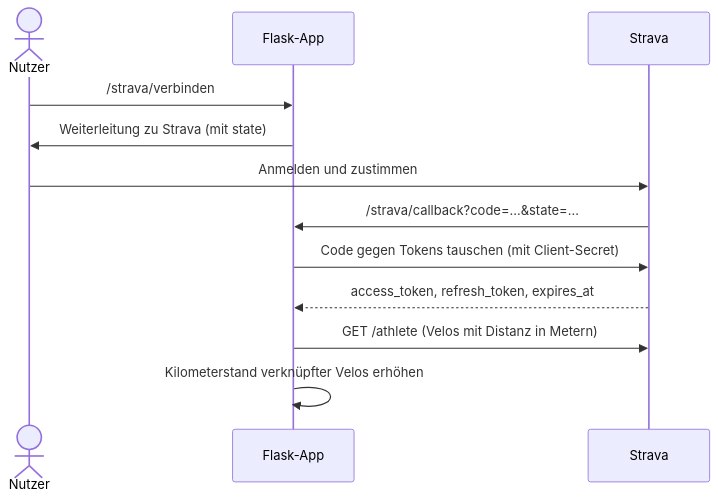
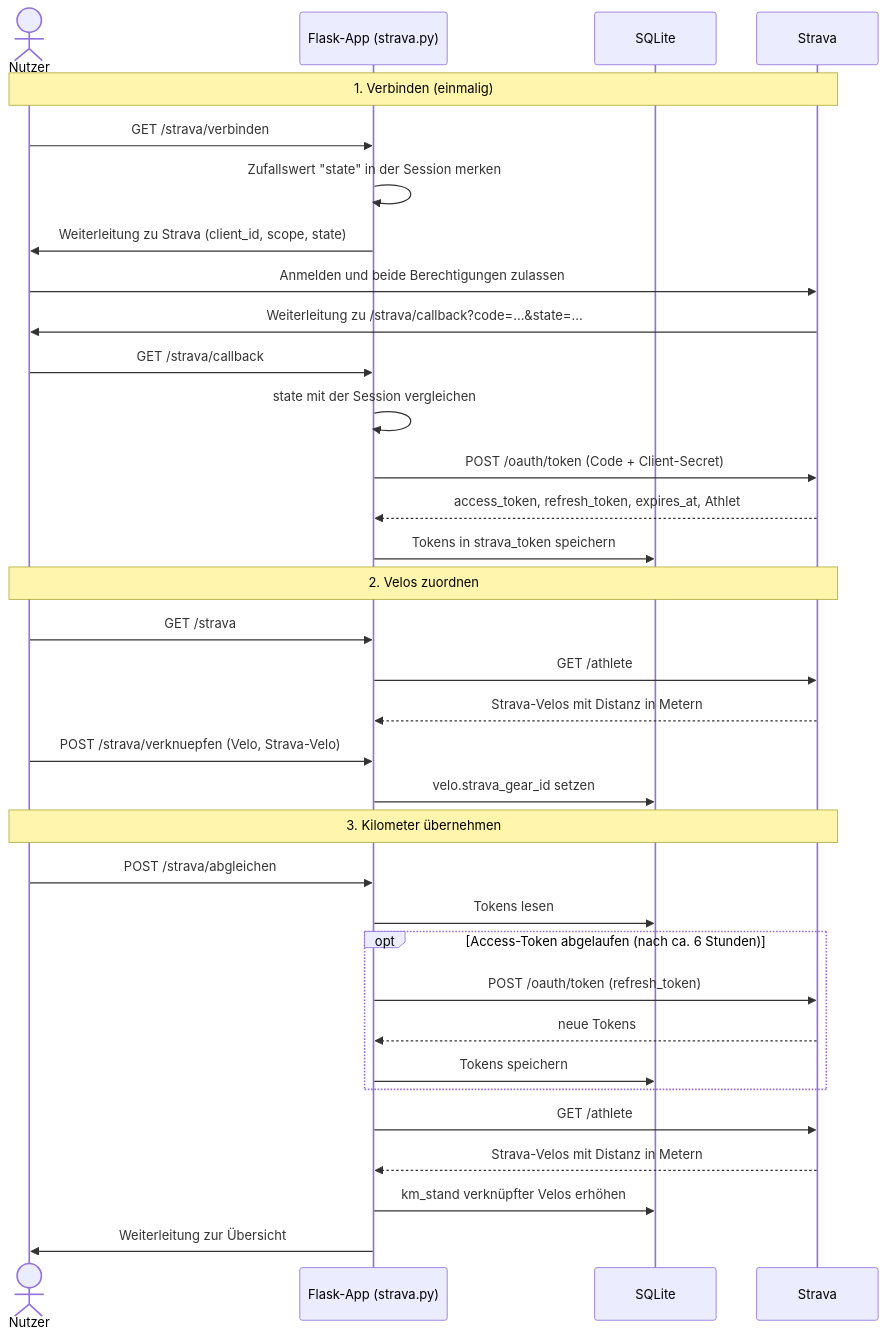
One commit to GNUEK/py_webapp_bern changed the fifth of 5 diagrams in docs/architektur.md. Above: the diagram before and after it, drawn with Mermaid. The commit also changed other lines of this file and 18 other files, not shown here.

First line of the commit message:
Review vor der Abgabe: Sicherheit, Doku und Tests nachgeführt

````diff
--- a/docs/architektur.md
+++ b/docs/architektur.md
@@ -168,14 +186,39 @@
 ```mermaid
 sequenceDiagram
     actor N as Nutzer
-    participant A as Flask-App
+    participant A as Flask-App (strava.py)
+    participant D as SQLite
     participant S as Strava
-    N->>A: /strava/verbinden
-    A->>N: Weiterleitung zu Strava (mit state)
-    N->>S: Anmelden und zustimmen
-    S->>A: /strava/callback?code=…&state=…
-    A->>S: Code gegen Tokens tauschen (mit Client-Secret)
-    S-->>A: access_token, refresh_token, expires_at
-    A->>S: GET /athlete (Velos mit Distanz in Metern)
-    A->>A: Kilometerstand verknüpfter Velos erhöhen
+
+    Note over N,S: 1. Verbinden (einmalig)
+    N->>A: GET /strava/verbinden
+    A->>A: Zufallswert "state" in der Session merken
+    A->>N: Weiterleitung zu Strava (client_id, scope, state)
+    N->>S: Anmelden und beide Berechtigungen zulassen
+    S->>N: Weiterleitung zu /strava/callback?code=…&state=…
+    N->>A: GET /strava/callback
+    A->>A: state mit der Session vergleichen
+    A->>S: POST /oauth/token (Code + Client-Secret)
+    S-->>A: access_token, refresh_token, expires_at, Athlet
+    A->>D: Tokens in strava_token speichern
+
+    Note over N,S: 2. Velos zuordnen
+    N->>A: GET /strava
+    A->>S: GET /athlete
+    S-->>A: Strava-Velos mit Distanz in Metern
+    N->>A: POST /strava/verknuepfen (Velo, Strava-Velo)
+    A->>D: velo.strava_gear_id setzen
+
+    Note over N,S: 3. Kilometer übernehmen
+    N->>A: POST /strava/abgleichen
+    A->>D: Tokens lesen
+    opt Access-Token abgelaufen (nach ca. 6 Stunden)
+        A->>S: POST /oauth/token (refresh_token)
+        S-->>A: neue Tokens
+        A->>D: Tokens speichern
+    end
+    A->>S: GET /athlete
+    S-->>A: Strava-Velos mit Distanz in Metern
+    A->>D: km_stand verknüpfter Velos erhöhen
+    A->>N: Weiterleitung zur Übersicht
 ```
````
